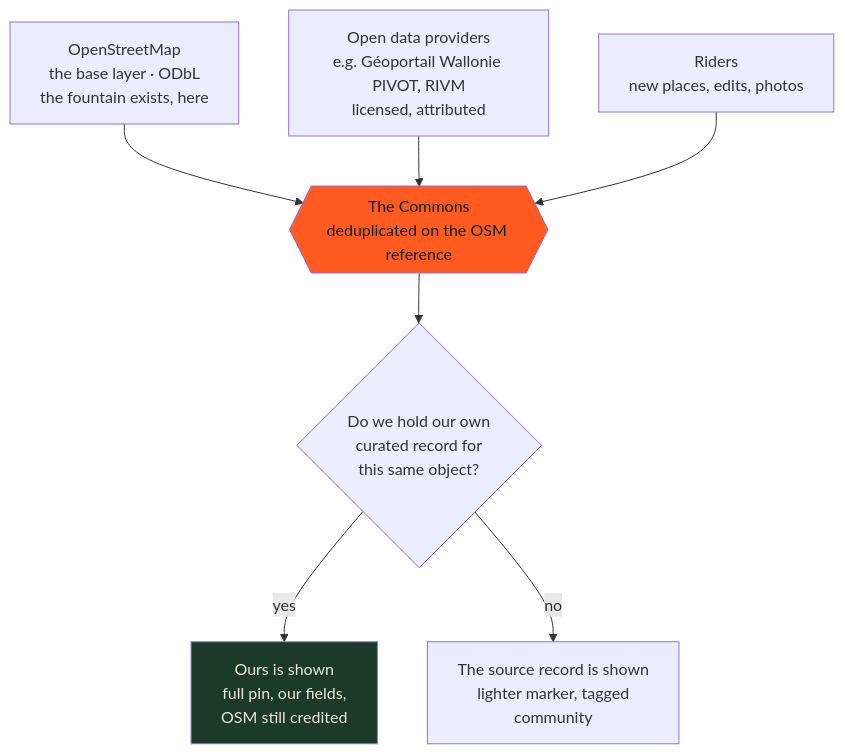
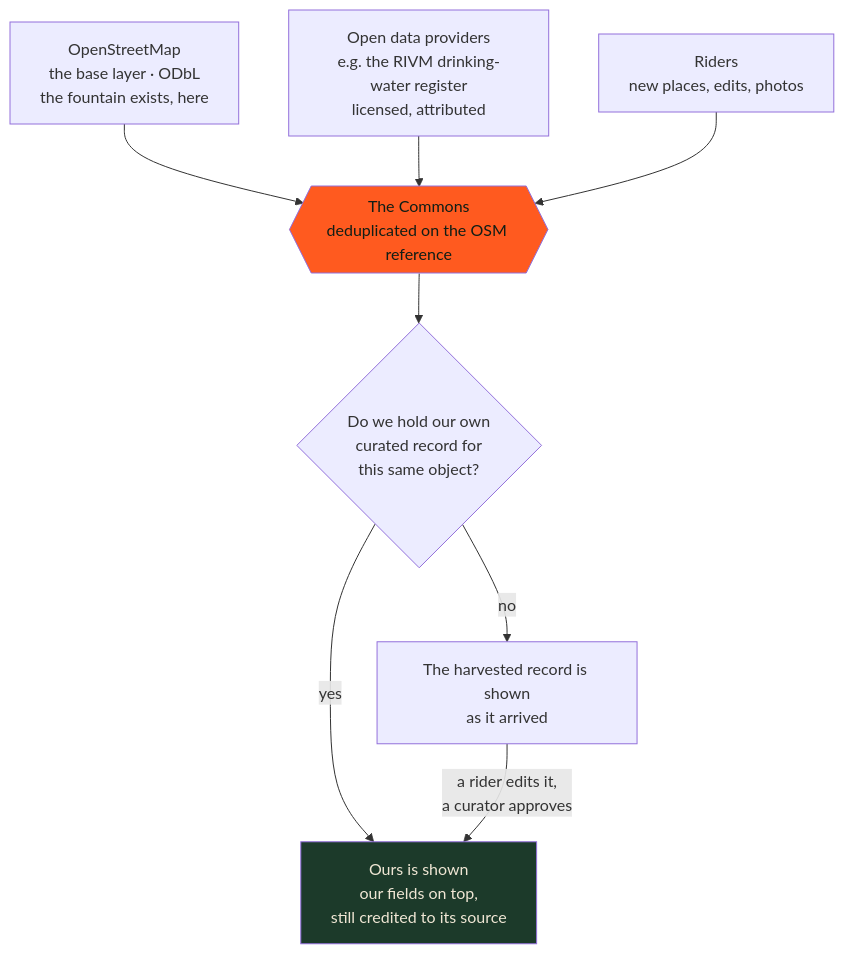
One commit to cycling-commons/cycling-commons changed the second of 8 diagrams in wiki/data-priority.md. Above: the diagram before and after it, drawn with Mermaid. The commit also changed other lines of this file and 1 other file, not shown here.

Commit message:
docs(wiki): provenance credits one body per row, the harvest-to-ours arrow, and note/table type at body size

````diff
--- a/wiki/data-priority.md
+++ b/wiki/data-priority.md
@@ -34,20 +34,21 @@
 ```mermaid
 flowchart TD
     OSM["OpenStreetMap<br/>the base layer · ODbL<br/>the fountain exists, here"]
-    PROV["Open data providers<br/>e.g. Géoportail Wallonie PIVOT, RIVM<br/>licensed, attributed"]
+    PROV["Open data providers<br/>e.g. the RIVM drinking-water register<br/>licensed, attributed"]
     RIDER["Riders<br/>new places, edits, photos"]
 
     OSM --> POOL
     PROV --> POOL
     RIDER --> POOL
 
     POOL{{"The Commons<br/>deduplicated on the OSM reference"}}
     POOL --> DEC
 
     DEC{"Do we hold our own<br/>curated record for<br/>this same object?"}
-    DEC -->|yes| CUR["Ours is shown<br/>full pin, our fields,<br/>OSM still credited"]
-    DEC -->|no| COM["The source record is shown<br/>lighter marker, tagged<br/>community"]
+    DEC -->|yes| CUR["Ours is shown<br/>our fields on top,<br/>still credited to its source"]
+    DEC -->|no| COM["The harvested record is shown<br/>as it arrived"]
+    COM -->|"a rider edits it,<br/>a curator approves"| CUR
 
     style CUR fill:#1C3A2A,color:#EFE6D4
     style POOL fill:#FF5A1F,color:#101E16
 ```
````
